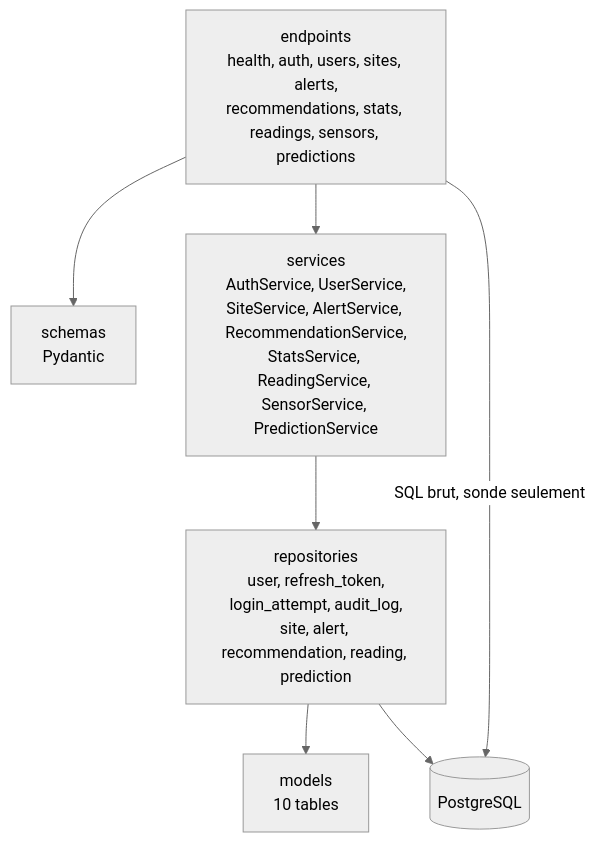
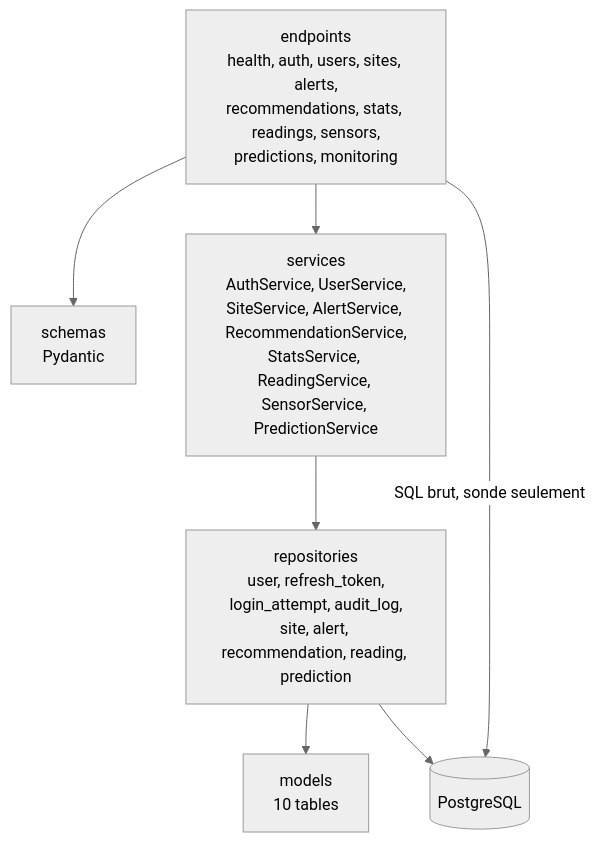
One commit to ineszang/ProjetPiscine_EnerVision changed the first of 3 diagrams in docs/architecture/20-backend.md. Above: the diagram before and after it, drawn with Mermaid (neutral theme). The commit also changed other lines of this file and 11 other files, not shown here.

````diff
--- a/docs/architecture/20-backend.md
+++ b/docs/architecture/20-backend.md
@@ -13,16 +13,16 @@
 ```mermaid
 flowchart TB
-  ep["endpoints<br/>health, auth, users, sites, alerts,<br/>recommendations, stats, readings, sensors, predictions"]
+  ep["endpoints<br/>health, auth, users, sites, alerts,<br/>recommendations, stats, readings, sensors,<br/>predictions, monitoring"]
   sc["schemas<br/>Pydantic"]
   sv["services<br/>AuthService, UserService,<br/>SiteService, AlertService, RecommendationService,<br/>StatsService, ReadingService, SensorService, PredictionService"]
   rp["repositories<br/>user, refresh_token,<br/>login_attempt, audit_log,<br/>site, alert, recommendation, reading, prediction"]
   md["models<br/>10 tables"]
   db[("PostgreSQL")]
 
   ep --> sc
   ep --> sv
   sv --> rp
   rp --> md
   ep -->|"SQL brut, sonde seulement"| db
   rp --> db
 ```
````
